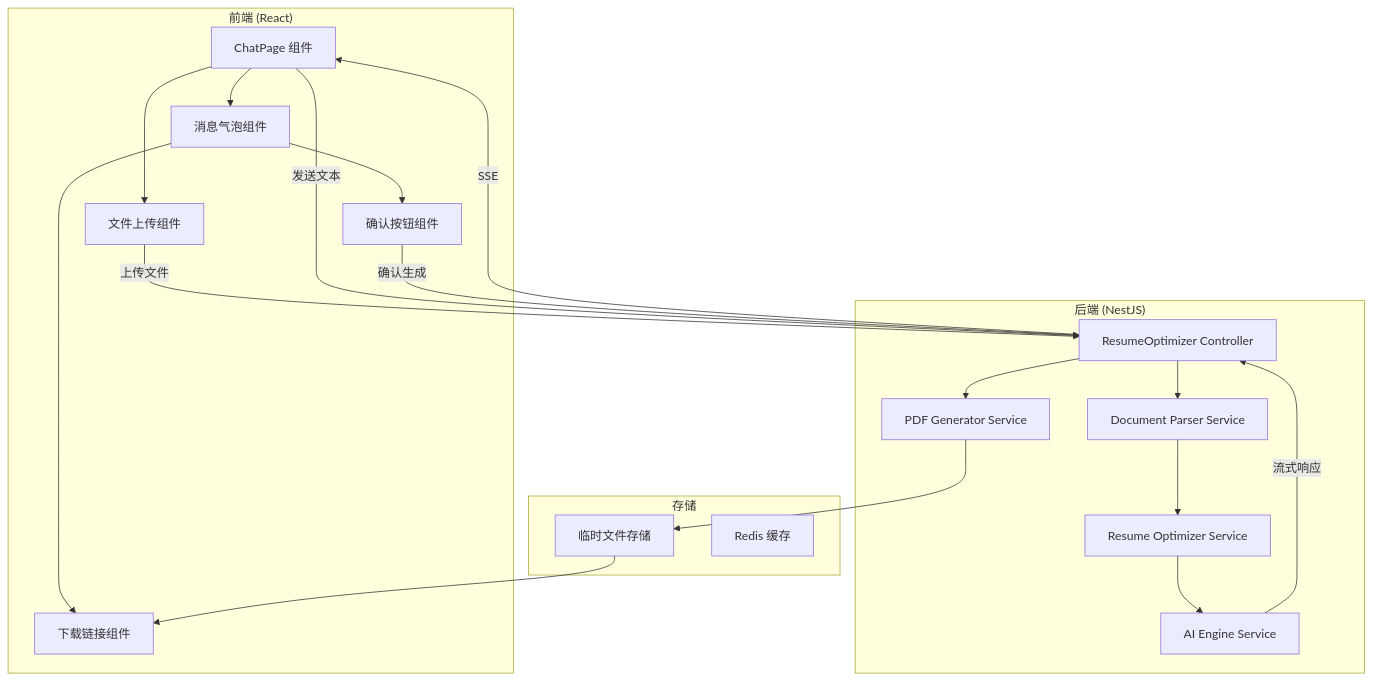
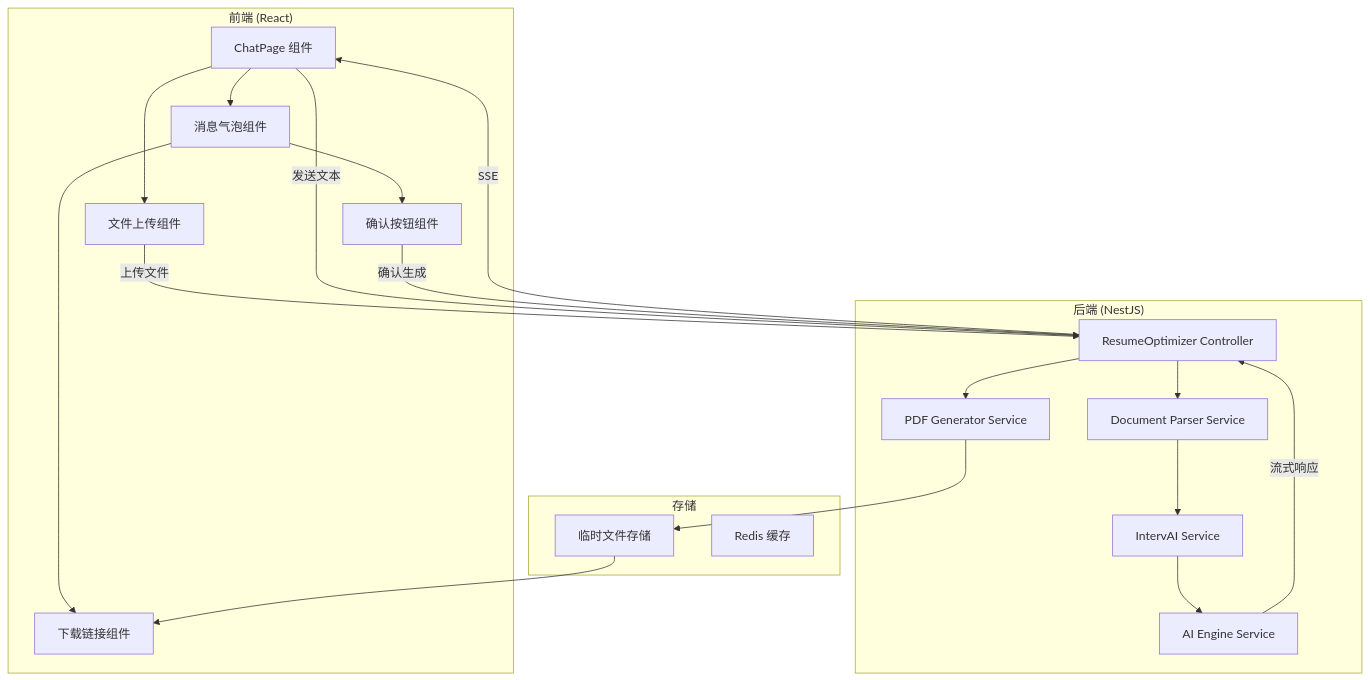
The diagram in .kiro/specs/resume-chat-optimizer/design.md (xuanyiying/IntervAI), drawn with Mermaid before and after one commit. The commit also changed 284 other files, not shown here.

````diff
--- a/.kiro/specs/resume-chat-optimizer/design.md
+++ b/.kiro/specs/resume-chat-optimizer/design.md
@@ -16,41 +16,41 @@
 ```mermaid
 flowchart TB
     subgraph Frontend["前端 (React)"]
         ChatPage["ChatPage 组件"]
         MessageBubble["消息气泡组件"]
         FileUpload["文件上传组件"]
         ConfirmButton["确认按钮组件"]
         DownloadLink["下载链接组件"]
     end
 
     subgraph Backend["后端 (NestJS)"]
         ResumeController["ResumeOptimizer Controller"]
         DocumentParser["Document Parser Service"]
-        ResumeOptimizer["Resume Optimizer Service"]
+        ResumeOptimizer["IntervAI Service"]
         PDFGenerator["PDF Generator Service"]
         AIEngine["AI Engine Service"]
     end
 
     subgraph Storage["存储"]
         TempStorage["临时文件存储"]
         Redis["Redis 缓存"]
     end
 
     ChatPage --> FileUpload
     ChatPage --> MessageBubble
     MessageBubble --> ConfirmButton
     MessageBubble --> DownloadLink
 
     FileUpload -->|上传文件| ResumeController
     ChatPage -->|发送文本| ResumeController
     ResumeController --> DocumentParser
     DocumentParser --> ResumeOptimizer
     ResumeOptimizer --> AIEngine
     AIEngine -->|流式响应| ResumeController
     ResumeController -->|SSE| ChatPage
 
     ConfirmButton -->|确认生成| ResumeController
     ResumeController --> PDFGenerator
     PDFGenerator --> TempStorage
     TempStorage --> DownloadLink
 ```
````
